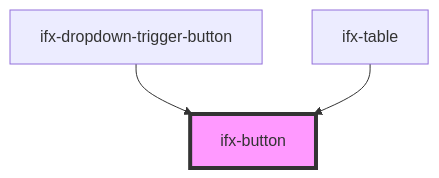
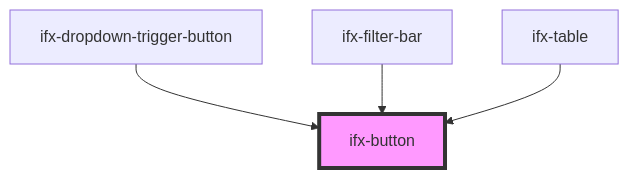
The diagram in packages/components/src/components/button/readme.md (Infineon/infineon-design-system-stencil), drawn with Mermaid before and after one commit. The commit also changed other lines of this file and 5 other files, not shown here.

````diff
--- a/packages/components/src/components/button/readme.md
+++ b/packages/components/src/components/button/readme.md
@@ -43,6 +44,7 @@
 ```mermaid
 graph TD;
   ifx-dropdown-trigger-button --> ifx-button
+  ifx-filter-bar --> ifx-button
   ifx-table --> ifx-button
   style ifx-button fill:#f9f,stroke:#333,stroke-width:4px
 ```
````
